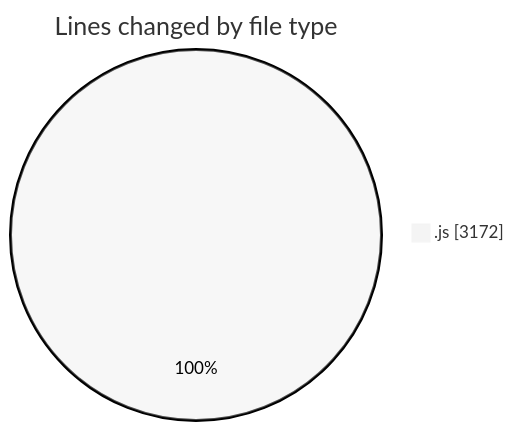
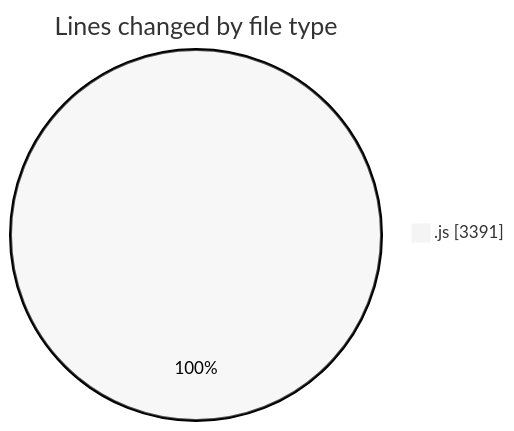
One commit to Ritupan-Deka/code-tracking changed the first of 2 diagrams in 2025-07-29/javascript/README.md. Above: the diagram before and after it, drawn with Mermaid (neutral theme). The commit also changed other lines of this file and 1 other file, not shown here.

````diff
--- a/2025-07-29/javascript/README.md
+++ b/2025-07-29/javascript/README.md
@@ -21,5 +21,5 @@
 ```mermaid
 pie showData
 title Lines changed by file type
-".js" : 3172
+".js" : 3391
 ```
````
